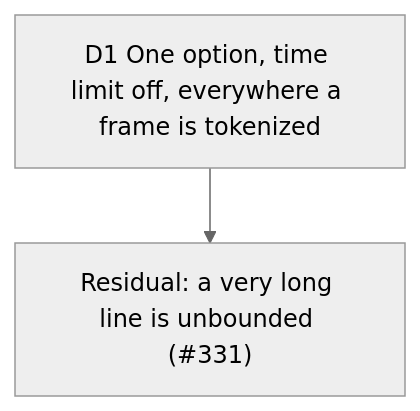
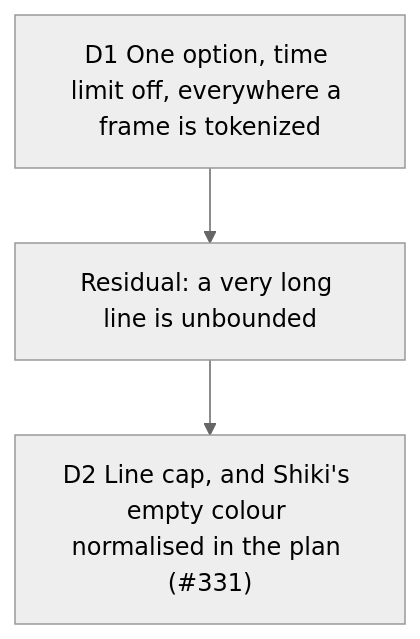
Before and after one commit to delhombre/typelapse: the diagram in docs/decisions/2026-10-14-whole-line-tokenization.md, drawn with Mermaid (neutral theme). The commit also changed other lines of this file and 8 other files, not shown here.

First line of the commit message:
fix(highlighting): cap the tokenized line length and plan Shiki's empty colour as none (#331) (#334)

````diff
--- a/docs/decisions/2026-10-14-whole-line-tokenization.md
+++ b/docs/decisions/2026-10-14-whole-line-tokenization.md
@@ -14,4 +14,5 @@
 ```mermaid
 flowchart TD
-  D1["D1 One option, time limit off, everywhere a frame is tokenized"] --> R["Residual: a very long line is unbounded (#331)"]
+  D1["D1 One option, time limit off, everywhere a frame is tokenized"] --> R["Residual: a very long line is unbounded"]
+  R --> D2["D2 Line cap, and Shiki's empty colour normalised in the plan (#331)"]
 ```
````
